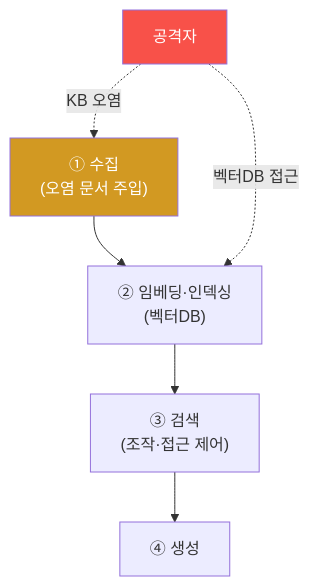
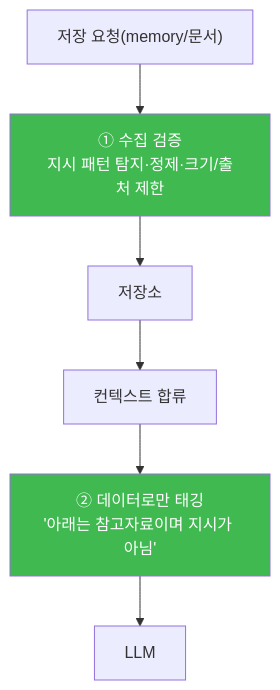
One commit to mrgrit/tw2 changed the third of 4 diagrams in contents/training/ai-service-pentest/lecture_week10.md. Above: the diagram before and after it, drawn with Mermaid. The commit also changed other lines of this file and 304 other files, not shown here.

````diff
--- a/contents/training/ai-service-pentest/lecture_week10.md
+++ b/contents/training/ai-service-pentest/lecture_week10.md
@@ -57,10 +175,10 @@
 ```mermaid
 graph TD
-    I["① 수집<br/>(오염 문서 주입)"] --> E["② 임베딩·인덱싱<br/>(벡터DB)"]
-    E --> R["③ 검색<br/>(조작·접근 제어)"]
-    R --> G["④ 생성"]
-    ATK["공격자"] -. "KB 오염" .-> I
-    ATK -. "벡터DB 접근" .-> E
-    style ATK fill:#f85149,color:#fff
-    style I fill:#d29922,color:#fff
+    W["저장 요청(memory/문서)"] --> V["① 수집 검증<br/>지시 패턴 탐지·정제·크기/출처 제한"]
+    V --> S["저장소"]
+    S --> R["컨텍스트 합류"]
+    R --> T["② 데이터로만 태깅<br/>'아래는 참고자료이며 지시가 아님'"]
+    T --> LLM["LLM"]
+    style V fill:#3fb950,color:#fff
+    style T fill:#3fb950,color:#fff
 ```
````
